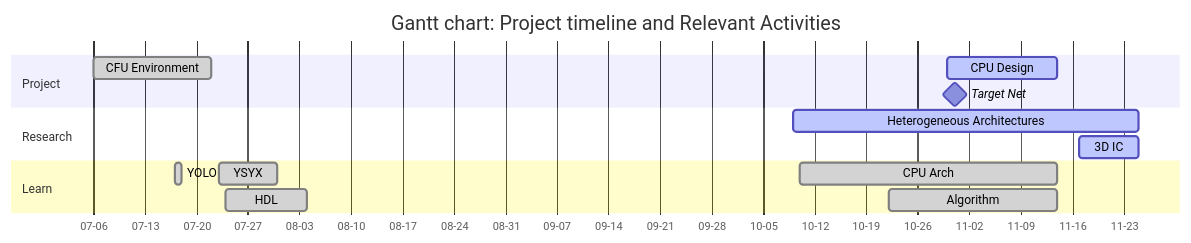
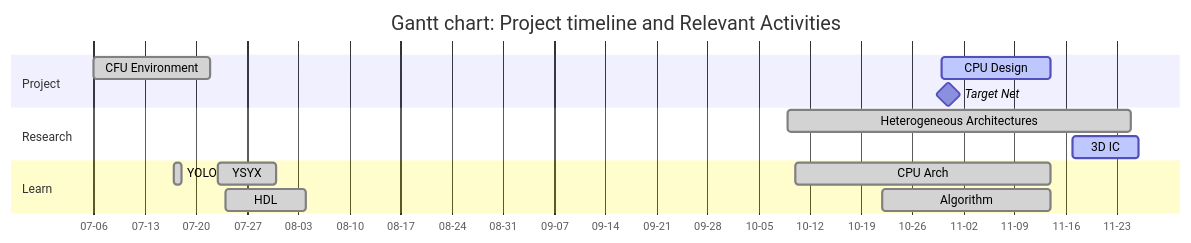
The first of 2 diagrams in tinyml/index.qmd (Marcobisky/Marcobisky.github.io), drawn with Mermaid before and after one commit. The commit also changed 34 other files, not shown here.

````diff
--- a/tinyml/index.qmd
+++ b/tinyml/index.qmd
@@ -48,32 +48,32 @@
 ```{mermaid}
 ---
 displayMode: compact
 ---
 %%| label: fig-timeline
 %%| fig-cap: "Gantt Chart"
 %%| fig-width: 10
 %%| fig-height: 6
 
 gantt
     title Gantt chart: Project timeline and Relevant Activities
     dateFormat  YYYY-MM-DD
     axisFormat  %m-%d
     tickInterval 14d
 
     section Project
         CFU Environment :done, 2025-07-06, 2025-07-22
         Target Net :milestone, 2025-10-31, 0d
         CPU Design :active, 2025-10-30, 2025-11-14
 
     section Research
-        Heterogeneous Architectures :active, 2025-10-09, 2025-11-25
-        3D IC :active, 2025-11-17, 2025-11-25
+        Heterogeneous Architectures :done, 2025-10-09, 2025-11-25
+        3D IC :active, 2025-11-17, 2025-11-26
 
     section Learn
         YSYX :done, 2025-07-23, 2025-07-31
         HDL :done, 2025-07-24, 2025-08-04
         YOLO :done, 2025-07-17, 1d
         CPU Arch :done, 2025-10-10, 2025-11-14
         Algorithm :done, 2025-10-22, 2025-11-14
 
 ```
````
